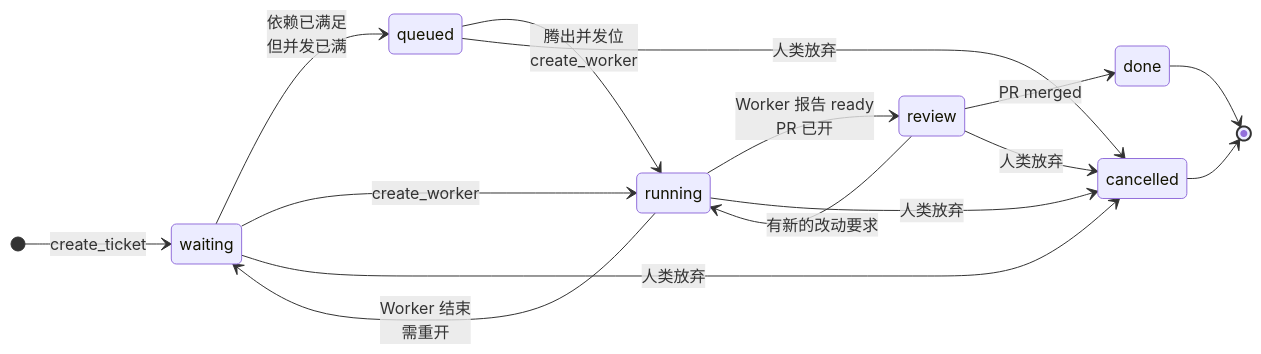
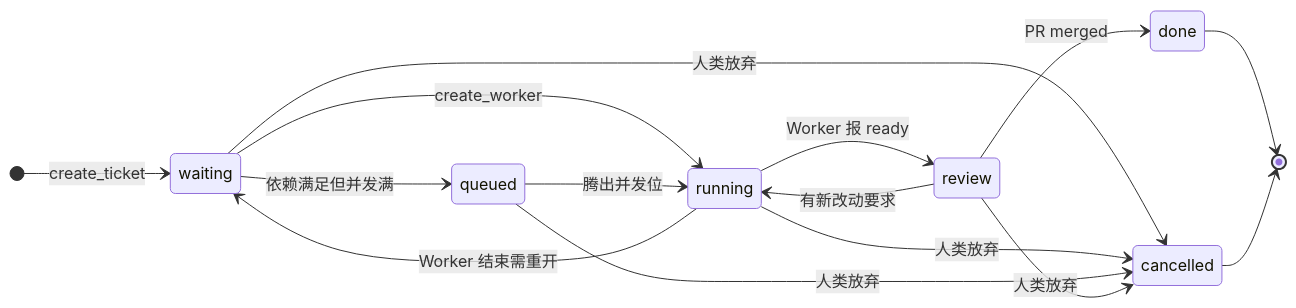
One commit to omdsh-dev/dsh-nexus changed the third of 11 diagrams in docs/flow.md. Above: the diagram before and after it, drawn with Mermaid. The commit also changed other lines of this file and 52 other files, not shown here.

````diff
--- a/docs/flow.md
+++ b/docs/flow.md
@@ -108,23 +85,18 @@
 ```mermaid
 stateDiagram-v2
     direction LR
     [*] --> waiting : create_ticket
-
-    waiting --> queued : 依赖已满足<br/>但并发已满
+    waiting --> queued : 依赖满足但并发满
     waiting --> running : create_worker
+    queued --> running : 腾出并发位
+    running --> review : Worker 报 ready
+    running --> waiting : Worker 结束需重开
+    review --> done : PR merged
+    review --> running : 有新改动要求
     waiting --> cancelled : 人类放弃
-
-    queued --> running : 腾出并发位<br/>create_worker
+    running --> cancelled : 人类放弃
     queued --> cancelled : 人类放弃
-
-    running --> review : Worker 报告 ready<br/>PR 已开
-    running --> waiting : Worker 结束<br/>需重开
-    running --> cancelled : 人类放弃
-
-    review --> done : PR merged
-    review --> running : 有新的改动要求
     review --> cancelled : 人类放弃
-
     done --> [*]
     cancelled --> [*]
 ```
````
